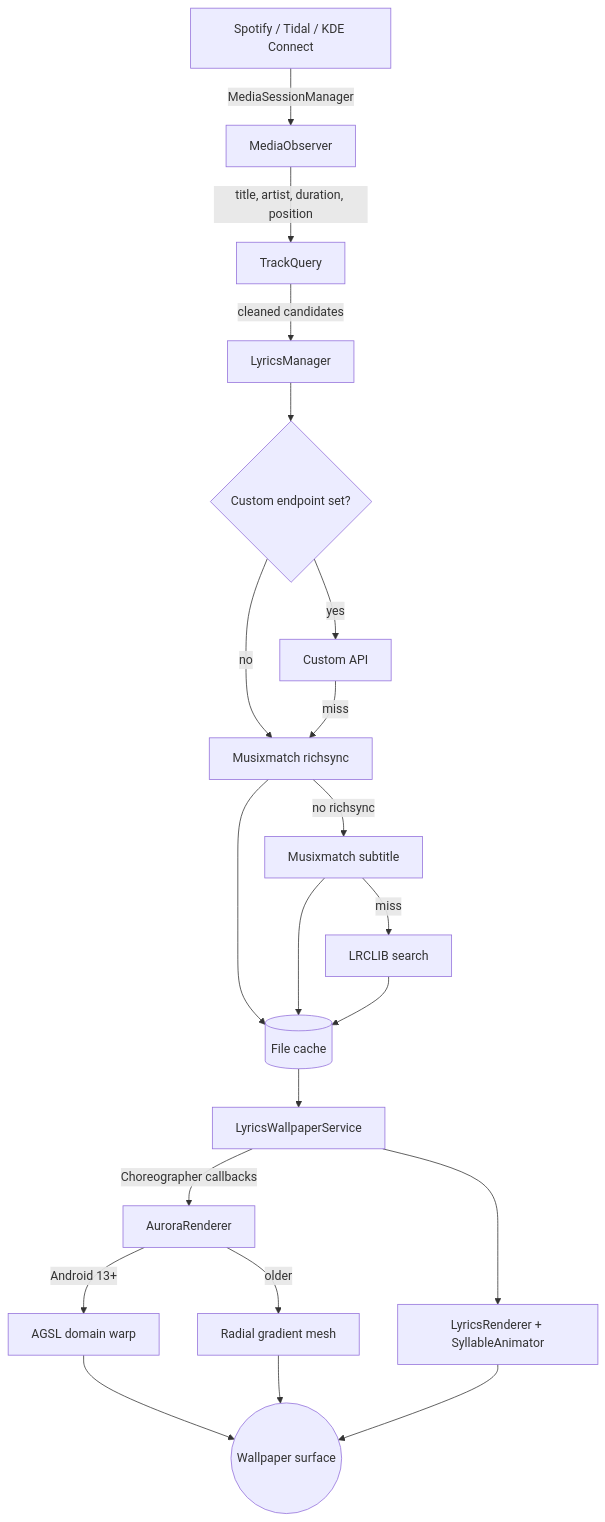
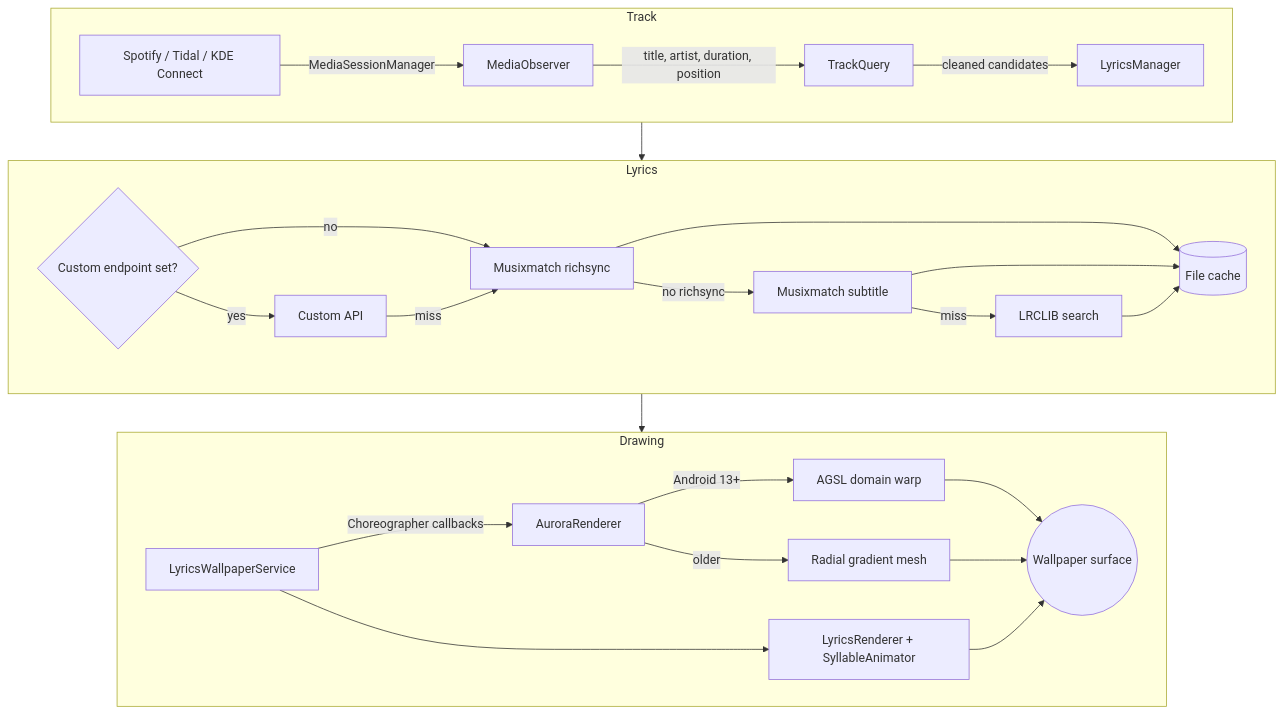
The diagram in README.md (dankouwu/wallpaper-lyrics), drawn with Mermaid before and after one commit. The commit also changed other lines of this file and 3 other files, not shown here.

First line of the commit message:
Tidy the README media, diagram and wording

````diff
--- a/README.md
+++ b/README.md
@@ -84,25 +84,35 @@
 ```mermaid
-flowchart TD
-    A[Spotify / Tidal / KDE Connect] -->|MediaSessionManager| B[MediaObserver]
-    B -->|title, artist, duration, position| C[TrackQuery]
-    C -->|cleaned candidates| D[LyricsManager]
+flowchart TB
+    subgraph track ["Track"]
+        direction LR
+        A[Spotify / Tidal / KDE Connect] -->|MediaSessionManager| B[MediaObserver]
+        B -->|title, artist, duration, position| C[TrackQuery]
+        C -->|cleaned candidates| D[LyricsManager]
+    end
 
-    D --> E{Custom endpoint set?}
-    E -->|yes| F[Custom API]
-    E -->|no| G[Musixmatch richsync]
-    F -->|miss| G
-    G -->|no richsync| H[Musixmatch subtitle]
-    H -->|miss| I[LRCLIB search]
-    G --> J[(File cache)]
-    H --> J
-    I --> J
+    subgraph lyrics ["Lyrics"]
+        direction LR
+        E{Custom endpoint set?}
+        E -->|yes| F[Custom API]
+        E -->|no| G[Musixmatch richsync]
+        F -->|miss| G
+        G -->|no richsync| H[Musixmatch subtitle]
+        H -->|miss| I[LRCLIB search]
+        G --> J[(File cache)]
+        H --> J
+        I --> J
+    end
 
-    J --> K[LyricsWallpaperService]
-    K -->|Choreographer callbacks| L[AuroraRenderer]
-    K --> M[LyricsRenderer + SyllableAnimator]
-    L -->|Android 13+| N[AGSL domain warp]
-    L -->|older| O[Radial gradient mesh]
-    N --> P((Wallpaper surface))
-    O --> P
-    M --> P
+    subgraph drawing ["Drawing"]
+        direction LR
+        K[LyricsWallpaperService] -->|Choreographer callbacks| L[AuroraRenderer]
+        K --> M[LyricsRenderer + SyllableAnimator]
+        L -->|Android 13+| N[AGSL domain warp]
+        L -->|older| O[Radial gradient mesh]
+        N --> P((Wallpaper surface))
+        O --> P
+        M --> P
+    end
+
+    track --> lyrics --> drawing
 ```
````
